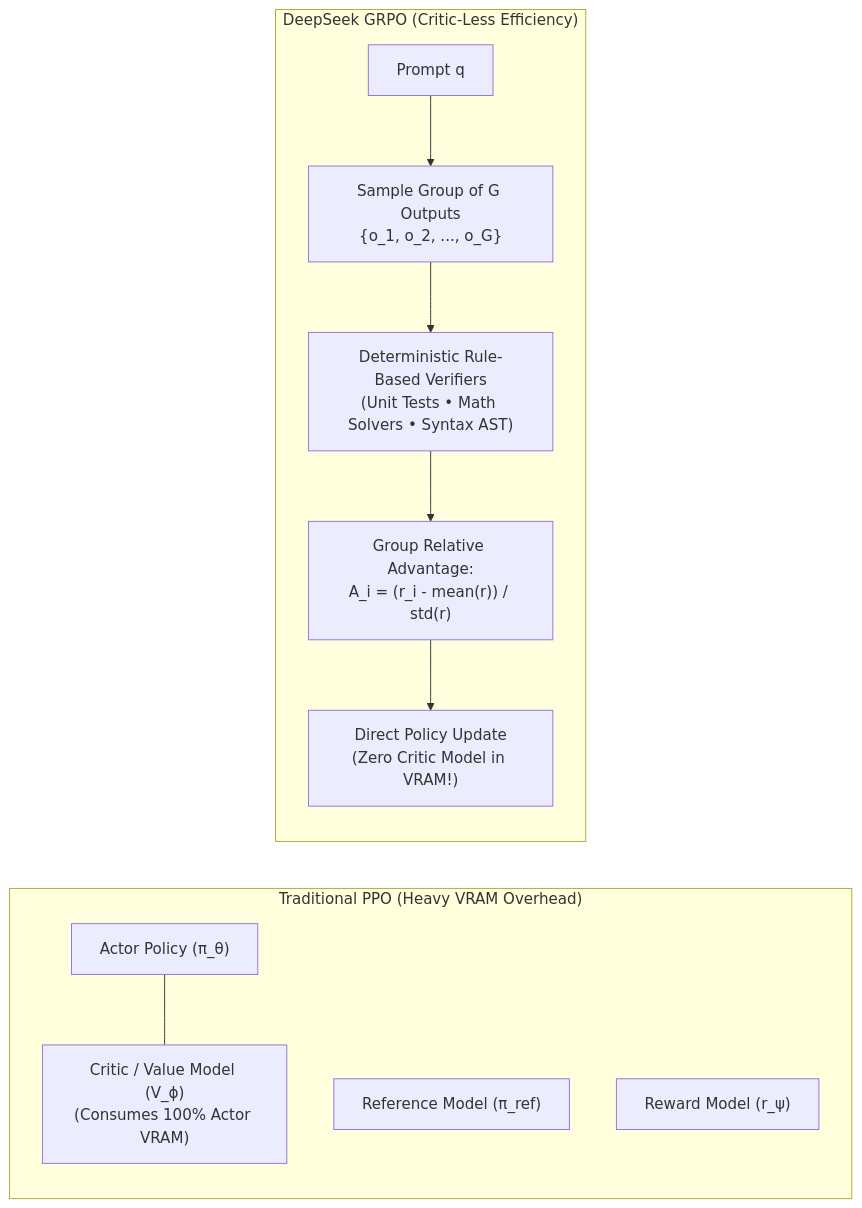
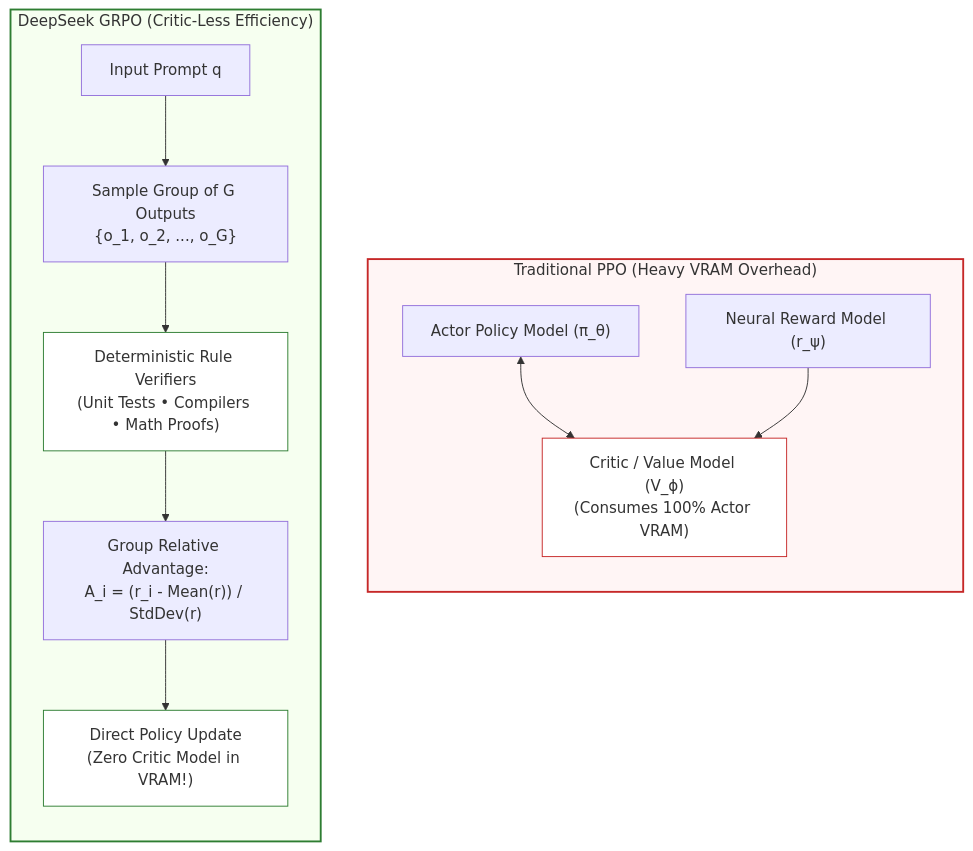
One commit to dip4k/senior-engineer-to-ai-engineer-roadmap changed the second of 3 diagrams in 00-foundations-and-token-mechanics/04-test-time-compute-and-reasoning-models.md. Above: the diagram before and after it, drawn with Mermaid. The commit also changed other lines of this file and 6 other files, not shown here.

````diff
--- a/00-foundations-and-token-mechanics/04-test-time-compute-and-reasoning-models.md
+++ b/00-foundations-and-token-mechanics/04-test-time-compute-and-reasoning-models.md
@@ -106,19 +135,26 @@
 ```mermaid
-flowchart LR
+flowchart TD
     subgraph PPO["Traditional PPO (Heavy VRAM Overhead)"]
         direction TB
-        Actor["Actor Policy (π_θ)"]
-        Ref["Reference Model (π_ref)"]
-        Reward["Reward Model (r_ψ)"]
-        Critic["Critic / Value Model (V_ϕ)\n(Consumes 100% Actor VRAM)"]
-        Actor --- Critic
+        P_Actor["Actor Policy Model (π_θ)"]
+        P_Critic["Critic / Value Model (V_ϕ)<br>(Consumes 100% Actor VRAM)"]
+        P_Reward["Neural Reward Model (r_ψ)"]
+        P_Actor <--> P_Critic
+        P_Reward --> P_Critic
     end
 
     subgraph GRPO["DeepSeek GRPO (Critic-Less Efficiency)"]
         direction TB
-        Prompt["Prompt q"] --> Group["Sample Group of G Outputs\n{o_1, o_2, ..., o_G}"]
-        Group --> RuleEval["Deterministic Rule-Based Verifiers\n(Unit Tests • Math Solvers • Syntax AST)"]
-        RuleEval --> RelAdv["Group Relative Advantage:\nA_i = (r_i - mean(r)) / std(r)"]
-        RelAdv --> Update["Direct Policy Update\n(Zero Critic Model in VRAM!)"]
+        G_Prompt["Input Prompt q"] --> G_Group["Sample Group of G Outputs<br>{o_1, o_2, ..., o_G}"]
+        G_Group --> G_Rule["Deterministic Rule Verifiers<br>(Unit Tests • Compilers • Math Proofs)"]
+        G_Rule --> G_Adv["Group Relative Advantage:<br>A_i = (r_i - Mean(r)) / StdDev(r)"]
+        G_Adv --> G_Update["Direct Policy Update<br>(Zero Critic Model in VRAM!)"]
     end
+
+    style PPO fill:#fff5f5,stroke:#c62828,stroke-width:2px
+    style GRPO fill:#f6fff0,stroke:#2e7d32,stroke-width:2px
+
+    style P_Critic fill:#ffffff,stroke:#c62828,stroke-width:1px
+    style G_Rule fill:#ffffff,stroke:#2e7d32,stroke-width:1px
+    style G_Update fill:#ffffff,stroke:#2e7d32,stroke-width:1px
 ```
````
